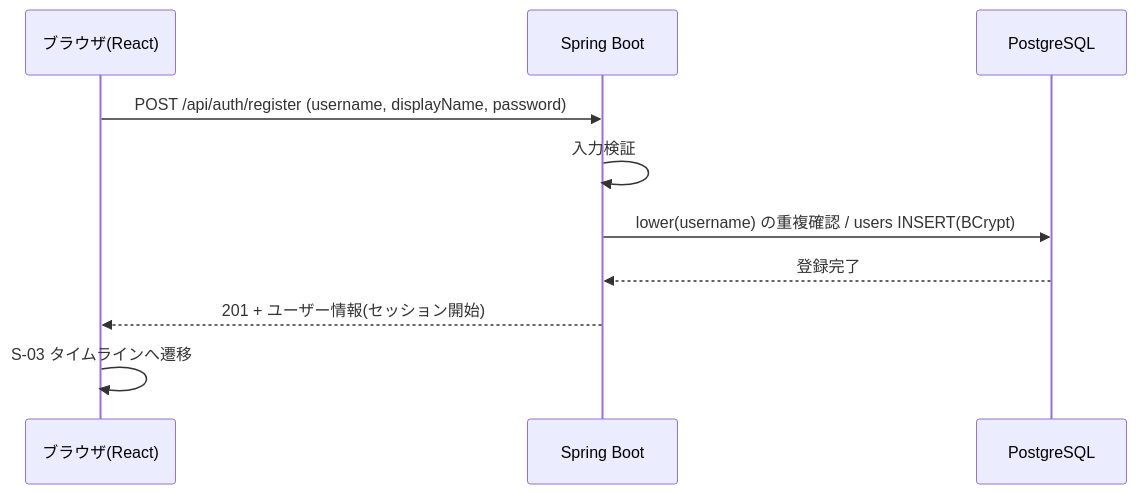
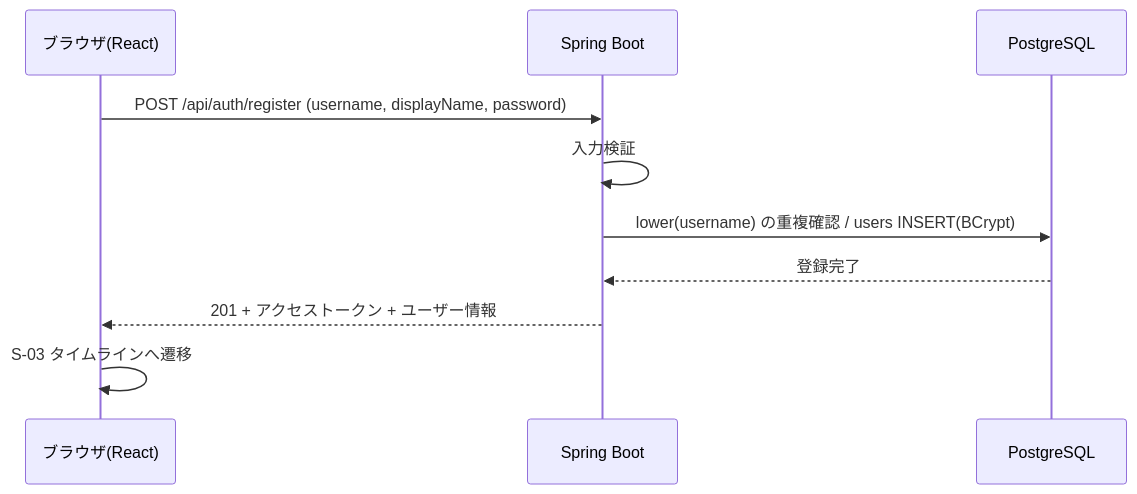
Before and after one commit to chengdanei48-beep/RaiseTimeLine: the diagram in docs/features/F-AUTH.md, drawn with Mermaid. The commit also changed other lines of this file and 36 other files, not shown here.

````diff
--- a/docs/features/F-AUTH.md
+++ b/docs/features/F-AUTH.md
@@ -43,12 +58,12 @@
 ```mermaid
 sequenceDiagram
     participant B as ブラウザ(React)
     participant S as Spring Boot
     participant D as PostgreSQL
     B->>S: POST /api/auth/register (username, displayName, password)
     S->>S: 入力検証
     S->>D: lower(username) の重複確認 / users INSERT(BCrypt)
     D-->>S: 登録完了
-    S-->>B: 201 + ユーザー情報(セッション開始)
+    S-->>B: 201 + アクセストークン + ユーザー情報
     B->>B: S-03 タイムラインへ遷移
 ```
````
